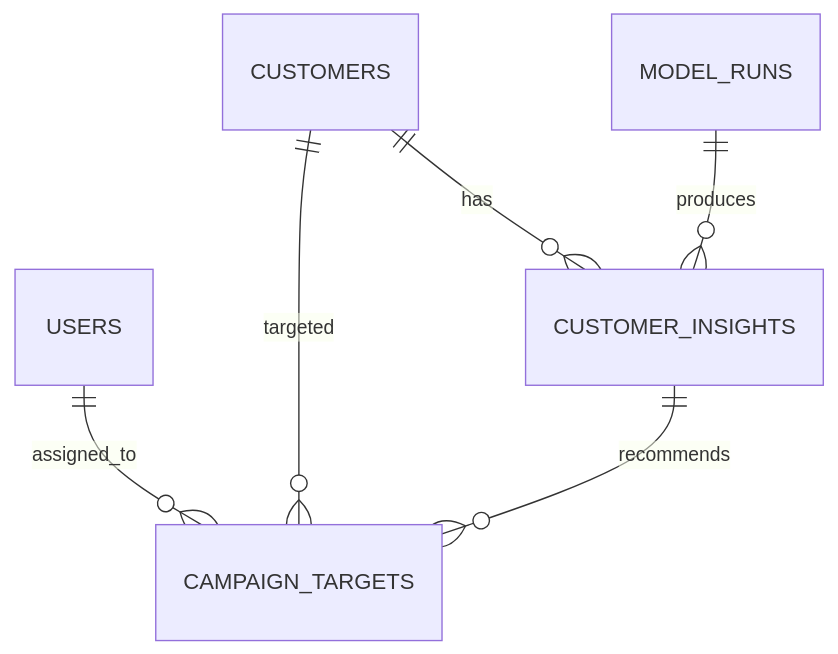
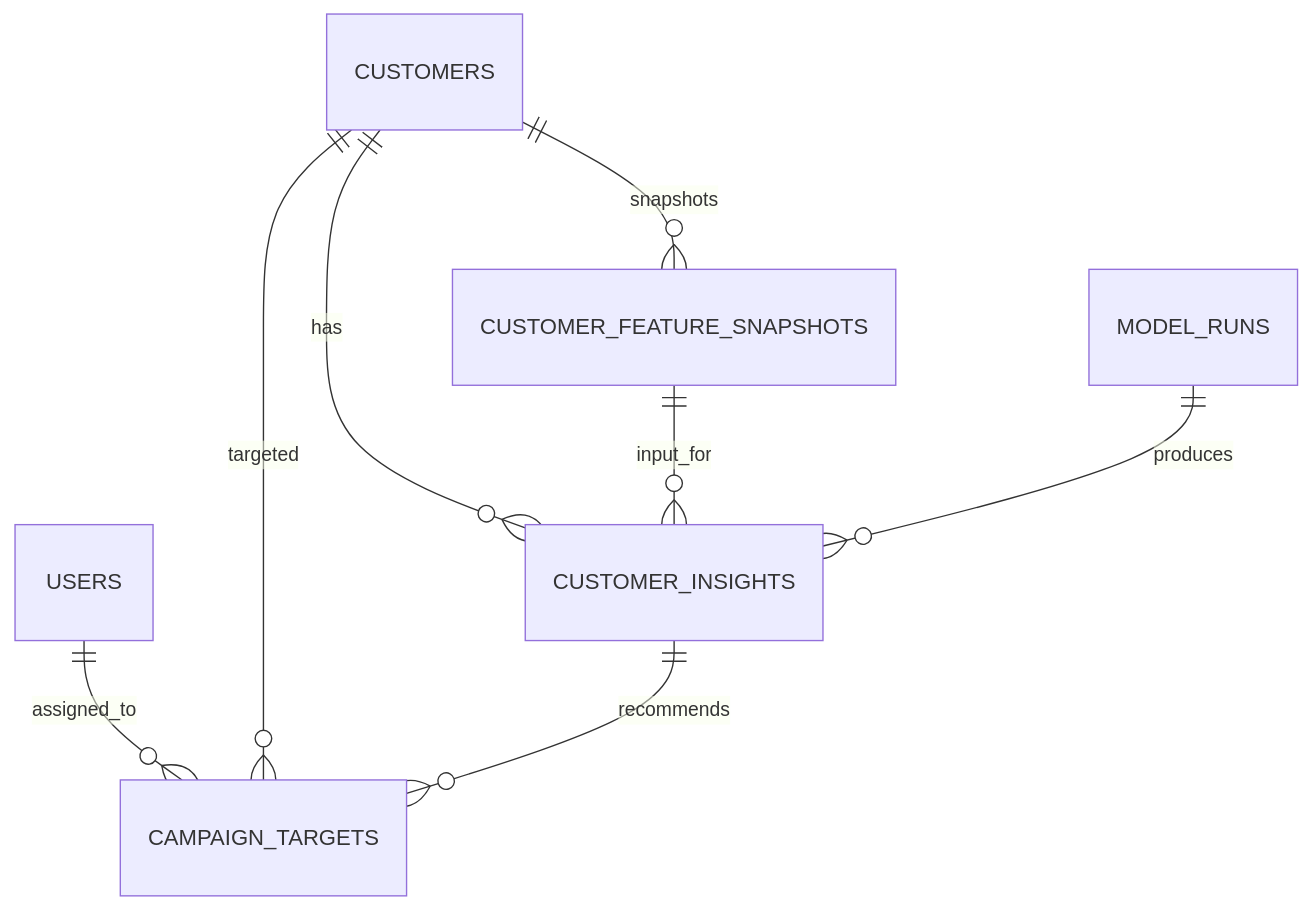
One commit to SKN-34-castleuk/SKN34-2nd-4Team changed the diagram in docs/database_schema.md. Above: the diagram before and after it, drawn with Mermaid. The commit also changed other lines of this file and 21 other files, not shown here.

````diff
--- a/docs/database_schema.md
+++ b/docs/database_schema.md
@@ -12,8 +12,10 @@
 ```mermaid
 erDiagram
     USERS ||--o{ CAMPAIGN_TARGETS : assigned_to
     CUSTOMERS ||--o{ CUSTOMER_INSIGHTS : has
+    CUSTOMERS ||--o{ CUSTOMER_FEATURE_SNAPSHOTS : snapshots
+    CUSTOMER_FEATURE_SNAPSHOTS ||--o{ CUSTOMER_INSIGHTS : input_for
     CUSTOMERS ||--o{ CAMPAIGN_TARGETS : targeted
     MODEL_RUNS ||--o{ CUSTOMER_INSIGHTS : produces
     CUSTOMER_INSIGHTS ||--o{ CAMPAIGN_TARGETS : recommends
 ```
````
